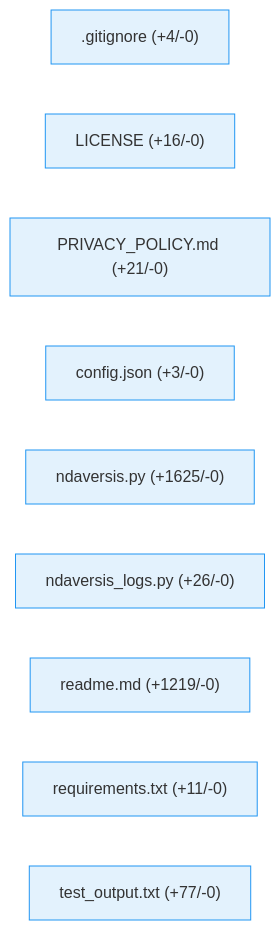
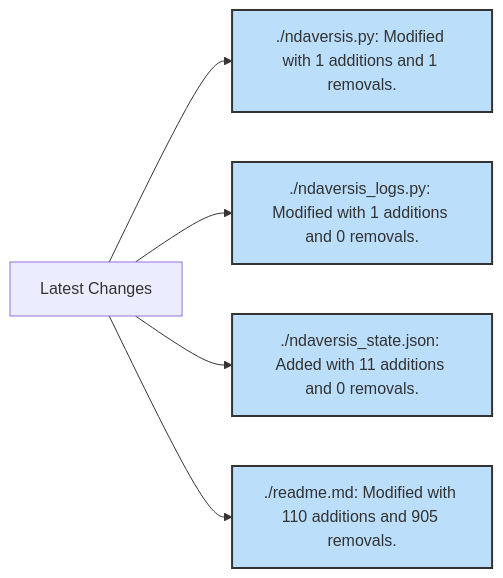
One commit to lystwork/ndaversis changed the seventh of 7 diagrams in readme.md. Above: the diagram before and after it, drawn with Mermaid. The commit also changed other lines of this file and 3 other files, not shown here.

````diff
--- a/readme.md
+++ b/readme.md
@@ -504,21 +456,12 @@
 ```mermaid
 graph LR
-    _gitignore[".gitignore (+4/-0)"]
-    style _gitignore fill:#e3f2fd,stroke:#2196f3
-    LICENSE["LICENSE (+16/-0)"]
-    style LICENSE fill:#e3f2fd,stroke:#2196f3
-    PRIVACY_POLICY_md["PRIVACY_POLICY.md (+21/-0)"]
-    style PRIVACY_POLICY_md fill:#e3f2fd,stroke:#2196f3
-    config_json["config.json (+3/-0)"]
-    style config_json fill:#e3f2fd,stroke:#2196f3
-    ndaversis_py["ndaversis.py (+1625/-0)"]
-    style ndaversis_py fill:#e3f2fd,stroke:#2196f3
-    ndaversis_logs_py["ndaversis_logs.py (+26/-0)"]
-    style ndaversis_logs_py fill:#e3f2fd,stroke:#2196f3
-    readme_md["readme.md (+1219/-0)"]
-    style readme_md fill:#e3f2fd,stroke:#2196f3
-    requirements_txt["requirements.txt (+11/-0)"]
-    style requirements_txt fill:#e3f2fd,stroke:#2196f3
-    test_output_txt["test_output.txt (+77/-0)"]
-    style test_output_txt fill:#e3f2fd,stroke:#2196f3
+    Root["Latest Changes"] --> ndaversis_py & ndaversis_logs_py & ndaversis_state_json & readme_md
+    ndaversis_py["./ndaversis.py: Modified with 1 additions and 1 removals."]
+    style ndaversis_py fill:#bbdefb,stroke:#333,stroke-width:2px
+    ndaversis_logs_py["./ndaversis_logs.py: Modified with 1 additions and 0 removals."]
+    style ndaversis_logs_py fill:#bbdefb,stroke:#333,stroke-width:2px
+    ndaversis_state_json["./ndaversis_state.json: Added with 11 additions and 0 removals."]
+    style ndaversis_state_json fill:#bbdefb,stroke:#333,stroke-width:2px
+    readme_md["./readme.md: Modified with 110 additions and 905 removals."]
+    style readme_md fill:#bbdefb,stroke:#333,stroke-width:2px
 ```
````
